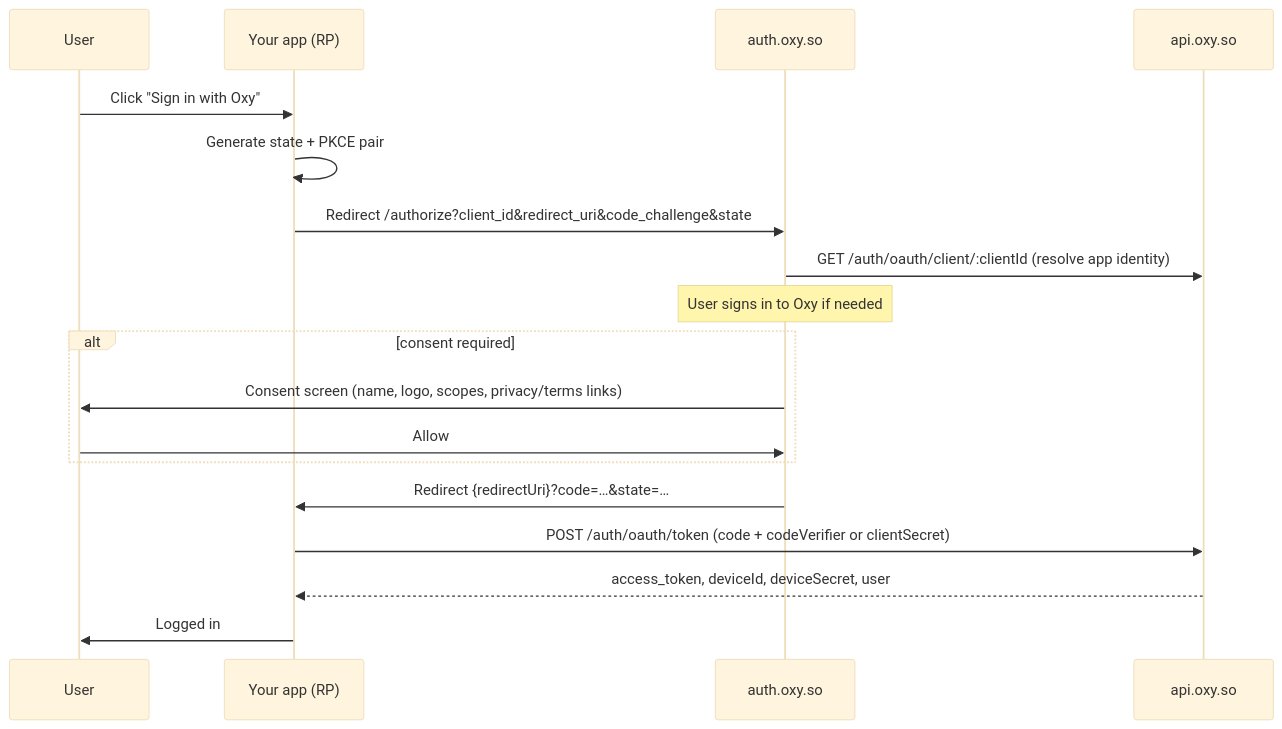
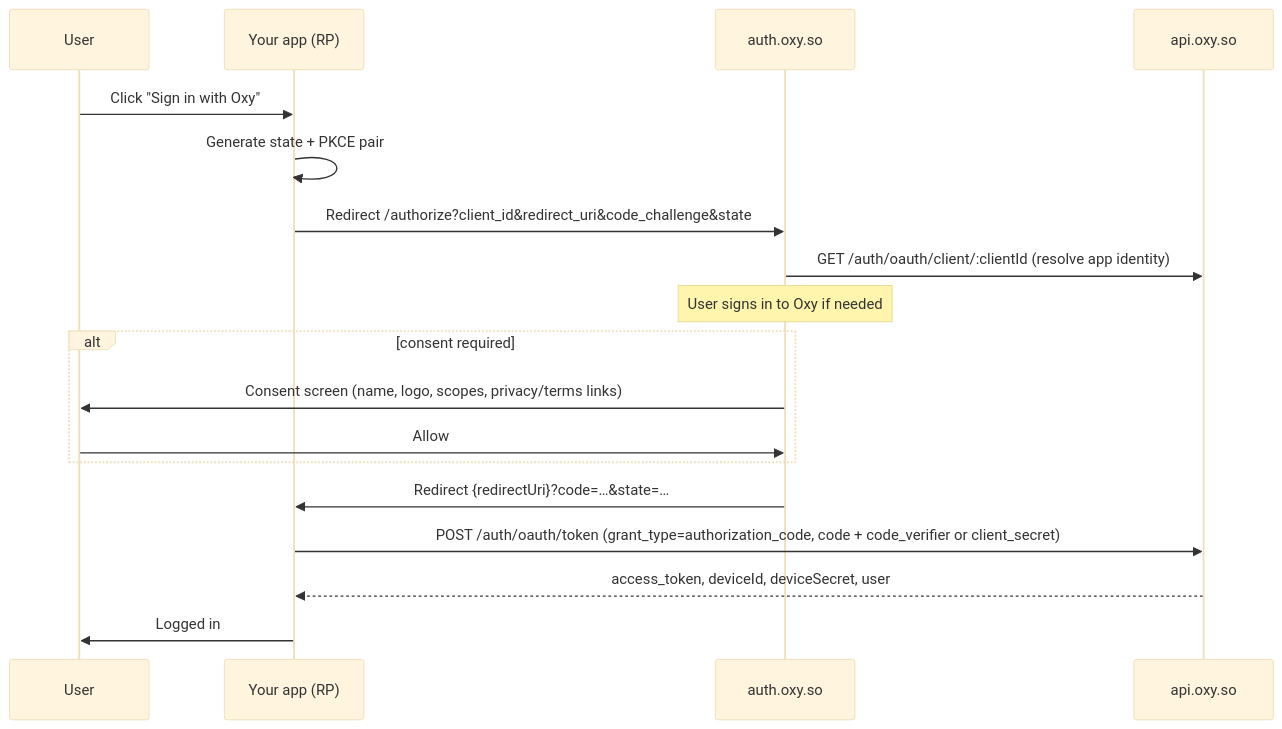
One commit to OxyHQ/OxyHQServices changed the diagram in docs/auth/integration-guide.md. Above: the diagram before and after it, drawn with Mermaid (base theme). The commit also changed other lines of this file and 27 other files, not shown here.

````diff
--- a/docs/auth/integration-guide.md
+++ b/docs/auth/integration-guide.md
@@ -23,21 +23,21 @@
 ```mermaid
 sequenceDiagram
   participant User
   participant RP as Your app (RP)
   participant IdP as auth.oxy.so
   participant API as api.oxy.so
 
   User->>RP: Click "Sign in with Oxy"
   RP->>RP: Generate state + PKCE pair
   RP->>IdP: Redirect /authorize?client_id&redirect_uri&code_challenge&state
   IdP->>API: GET /auth/oauth/client/:clientId (resolve app identity)
   Note over IdP: User signs in to Oxy if needed
   alt consent required
     IdP->>User: Consent screen (name, logo, scopes, privacy/terms links)
     User->>IdP: Allow
   end
   IdP->>RP: Redirect {redirectUri}?code=…&state=…
-  RP->>API: POST /auth/oauth/token (code + codeVerifier or clientSecret)
+  RP->>API: POST /auth/oauth/token (grant_type=authorization_code, code + code_verifier or client_secret)
   API-->>RP: access_token, deviceId, deviceSecret, user
   RP->>User: Logged in
 ```
````
